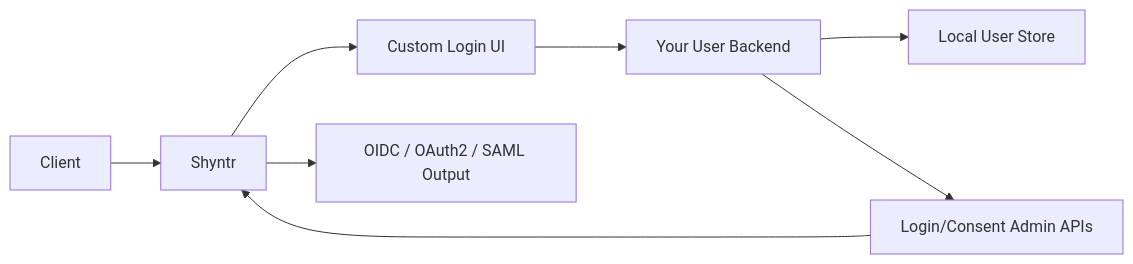
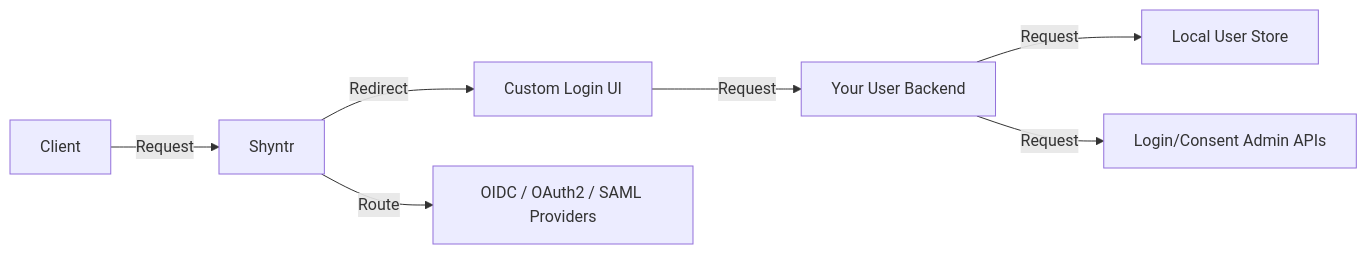
The sixth of 6 diagrams in README.md (Shyntr/shyntr), drawn with Mermaid before and after one commit. The commit also changed other lines of this file, not shown here.

````diff
--- a/README.md
+++ b/README.md
@@ -231,10 +226,9 @@
 ```mermaid
 flowchart LR
-    Client --> Shyntr
-    Shyntr --> LoginUI[Custom Login UI]
-    LoginUI --> UserBackend[Your User Backend]
-    UserBackend --> LocalStore[Local User Store]
-    UserBackend --> ShyntrAdmin[Login/Consent Admin APIs]
-    ShyntrAdmin --> Shyntr
-    Shyntr --> Tokens[OIDC / OAuth2 / SAML Output]
+    Client --> |Request| Shyntr
+    Shyntr --> |Redirect| LoginUI[Custom Login UI]
+    LoginUI --> |Request| UserBackend[Your User Backend]
+    UserBackend --> |Request| LocalStore[Local User Store]
+    UserBackend --> |Request| ShyntrAdmin[Login/Consent Admin APIs]
+    Shyntr --> |Route| Tokens[OIDC / OAuth2 / SAML Providers]
 ```
````
